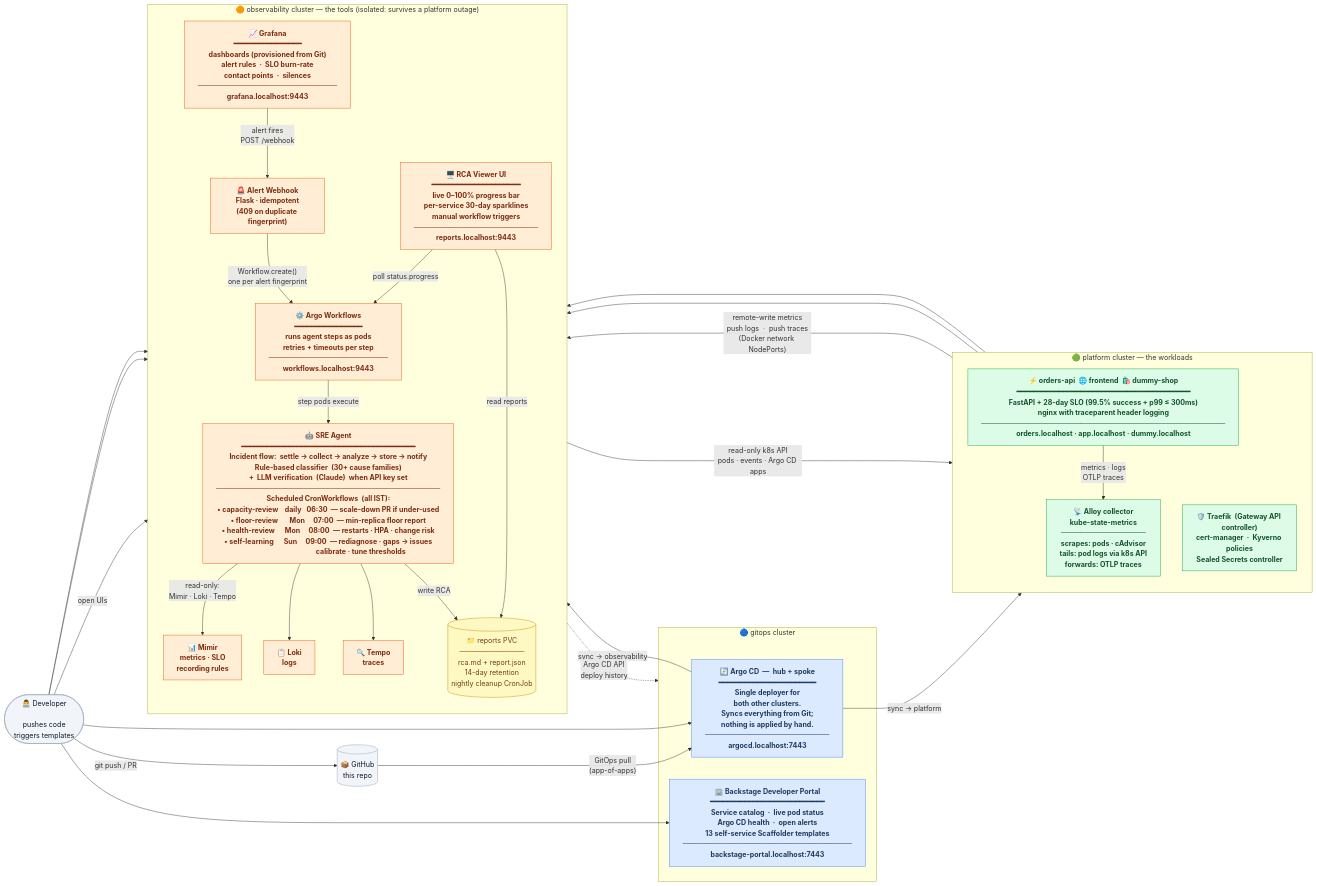
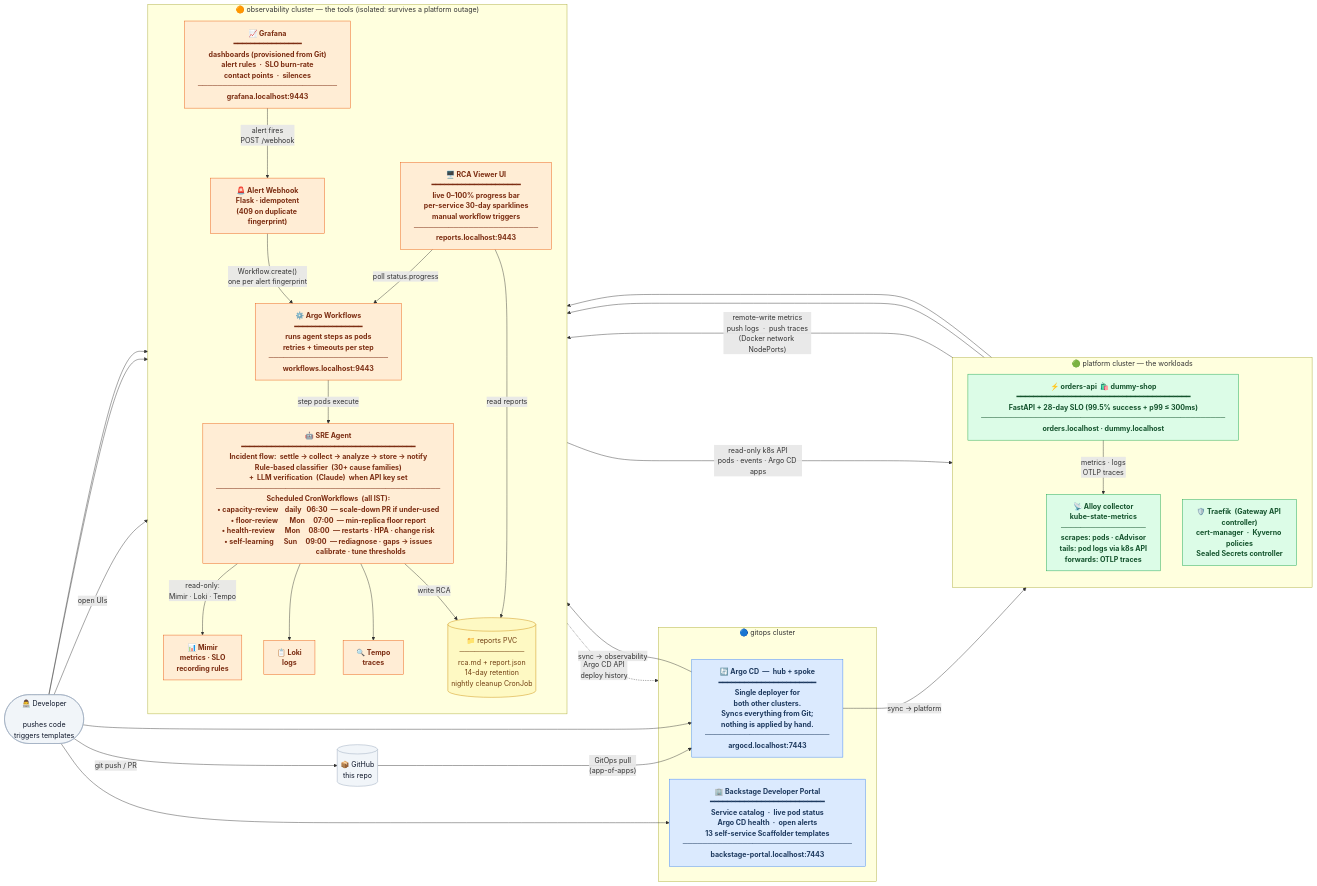
The diagram in README.md (krishnakant888/k8s-sre-platform), drawn with Mermaid before and after one commit. The commit also changed other lines of this file and 18 other files, not shown here.

Commit message:
chore: remove frontend workload (#267)

````diff
--- a/README.md
+++ b/README.md
@@ -98,66 +98,66 @@
 ```mermaid
 flowchart LR
     classDef git   fill:#dbeafe,stroke:#3b82f6,color:#1e3a5f,font-weight:bold
     classDef plat  fill:#dcfce7,stroke:#16a34a,color:#14532d,font-weight:bold
     classDef obs   fill:#ffedd5,stroke:#ea580c,color:#7c2d12,font-weight:bold
     classDef store fill:#fef9c3,stroke:#ca8a04,color:#713f12
     classDef ext   fill:#f1f5f9,stroke:#94a3b8,color:#0f172a
 
     Dev(["👨‍💻 Developer\n\npushes code\ntriggers templates"]):::ext
     GH[("📦 GitHub\nthis repo")]:::ext
 
     subgraph GC["🔵  gitops cluster"]
         ArgoCD["🔄 Argo CD  —  hub + spoke\n━━━━━━━━━━━━━━━━━━━━━━━\nSingle deployer for\nboth other clusters.\nSyncs everything from Git;\nnothing is applied by hand.\n─────────────────────────\nargocd.localhost:7443"]:::git
         Backstage["🏢 Backstage Developer Portal\n━━━━━━━━━━━━━━━━━━━━━━━━━━━\nService catalog  ·  live pod status\nArgo CD health  ·  open alerts\n13 self-service Scaffolder templates\n──────────────────────────────────\nbackstage-portal.localhost:7443"]:::git
     end
 
     subgraph PC["🟢  platform cluster  —  the workloads"]
         direction TB
-        WorkloadGrp["⚡ orders-api  🌐 frontend  🛍️ dummy-shop\n━━━━━━━━━━━━━━━━━━━━━━━━━━━━━━━━━━━━━━━━━\nFastAPI + 28-day SLO (99.5% success + p99 ≤ 300ms)\nnginx with traceparent header logging\n─────────────────────────────────────────────────\norders.localhost · app.localhost · dummy.localhost"]:::plat
+        WorkloadGrp["⚡ orders-api  🛍️ dummy-shop\n━━━━━━━━━━━━━━━━━━━━━━━━━━━━━━━━━━━━━━━━━\nFastAPI + 28-day SLO (99.5% success + p99 ≤ 300ms)\n─────────────────────────────────────────────────\norders.localhost · dummy.localhost"]:::plat
         Infra["🛡️ Traefik  (Gateway API controller)\ncert-manager  ·  Kyverno policies\nSealed Secrets controller"]:::plat
         PAlloy["📡 Alloy collector\nkube-state-metrics\n─────────────────\nscrapes: pods · cAdvisor\ntails: pod logs via k8s API\nforwards: OTLP traces"]:::plat
         WorkloadGrp -->|"metrics · logs\nOTLP traces"| PAlloy
     end
 
     subgraph OC["🟠  observability cluster  —  the tools  (isolated: survives a platform outage)"]
         direction TB
 
         Mimir["📊 Mimir\nmetrics · SLO\nrecording rules"]:::obs
         Loki["📋 Loki\nlogs"]:::obs
         Tempo["🔍 Tempo\ntraces"]:::obs
         Grafana["📈 Grafana\n━━━━━━━━━━━━━━━━\ndashboards (provisioned from Git)\nalert rules  ·  SLO burn-rate\ncontact points  ·  silences\n────────────────────────────\ngrafana.localhost:9443"]:::obs
 
         Webhook["🚨 Alert Webhook\nFlask · idempotent\n(409 on duplicate fingerprint)"]:::obs
         AW["⚙️ Argo Workflows\n━━━━━━━━━━━━━━━━\nruns agent steps as pods\nretries + timeouts per step\n────────────────────────\nworkflows.localhost:9443"]:::obs
 
         Agent["🤖 SRE Agent\n━━━━━━━━━━━━━━━━━━━━━━━━━━━━━━━━━━━━━━━━━\nIncident flow:  settle → collect → analyze → store → notify\nRule-based classifier  (30+ cause families)\n+  LLM verification  (Claude)  when API key set\n─────────────────────────────────────────────\nScheduled CronWorkflows  (all IST):\n• capacity-review    daily   06:30  — scale-down PR if under-used\n• floor-review       Mon     07:00  — min-replica floor report\n• health-review      Mon     08:00  — restarts · HPA · change risk\n• self-learning      Sun     09:00  — rediagnose · gaps → issues\n                                       calibrate · tune thresholds"]:::obs
 
         Reports[("📁 reports PVC\n─────────────\nrca.md  +  report.json\n14-day retention\nnightly cleanup CronJob")]:::store
         Viewer["🖥️ RCA Viewer UI\n━━━━━━━━━━━━━━━━━━━━━\nlive 0–100% progress bar\nper-service 30-day sparklines\nmanual workflow triggers\n─────────────────────────\nreports.localhost:9443"]:::obs
 
         Grafana   -->|"alert fires\nPOST /webhook"| Webhook
         Webhook   -->|"Workflow.create()\none per alert fingerprint"| AW
         AW        -->|"step pods execute"| Agent
         Agent     -->|"read-only:\nMimir · Loki · Tempo"| Mimir
         Agent     --> Loki
         Agent     --> Tempo
         Agent     -->|"write RCA"| Reports
         Viewer    -->|"read reports"| Reports
         Viewer    -->|"poll status.progress"| AW
     end
 
     Dev       -->|"git push / PR"| GH
     GH        -->|"GitOps pull\n(app-of-apps)"| ArgoCD
     ArgoCD    -->|"sync → platform"| Infra
     ArgoCD    -->|"sync → observability"| Grafana
     PAlloy    -->|"remote-write metrics\npush logs  ·  push traces\n(Docker network NodePorts)"| Mimir
     PAlloy    --> Loki
     PAlloy    --> Tempo
     Agent     -->|"read-only k8s API\npods · events · Argo CD apps"| PC
     Agent     -.->|"Argo CD API\ndeploy history"| GC
     Dev       -->|"open UIs"| Grafana
     Dev       -->|" "| ArgoCD
     Dev       -->|" "| Viewer
     Dev       -->|" "| AW
     Dev       -->|" "| Backstage
 ```
````
